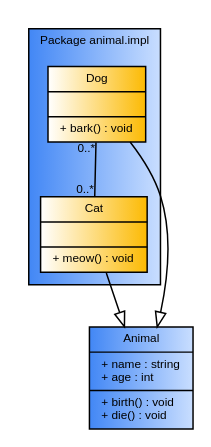
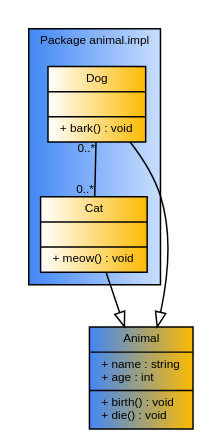
One commit to GiovaniPM/Graphs changed the diagram in Exemplos/UMLexample.gv. Above: the diagram before and after it, drawn with Graphviz.

Commit message:
Giovani_Mesquita(RBST10164) 200317145822

```diff
--- a/Exemplos/UMLexample.gv
+++ b/Exemplos/UMLexample.gv
@@ -1,44 +1,44 @@
 digraph G {
     fontname = "Arial"
     fontsize = 8
     node [
         fontname = "Arial"
         fontsize = 8
         shape = "record"
     ]
     edge [
         fontname = "Arial"
         fontsize = 8
     ]
     Animal [
         style=filled
-        fillcolor="#4287f5:#c9deff"
+        fillcolor="#4287f5:#fcba03"
         label = "{Animal|+ name : string\l+ age : int\l|+ birth() : void\l+ die() : void\l}"
     ]
     subgraph clusterAnimalImpl {
         label = "Package animal.impl"
         style=filled
         fillcolor="#4287f5:#c9deff"
         Dog [
             style=filled
             fillcolor="white:#fcba03"
             label = "{Dog||+ bark() : void\l}"
         ]
         Cat [
             style=filled
             fillcolor="white:#fcba03"
             label = "{Cat||+ meow() : void\l}"
         ]
     }
     edge [
         arrowhead = "empty"
     ]
     Dog -> Animal
     Cat -> Animal
     edge [
         arrowhead = "none"
         headlabel = "0..*"
         taillabel = "0..*"
     ]
     Dog -> Cat
 }
```
